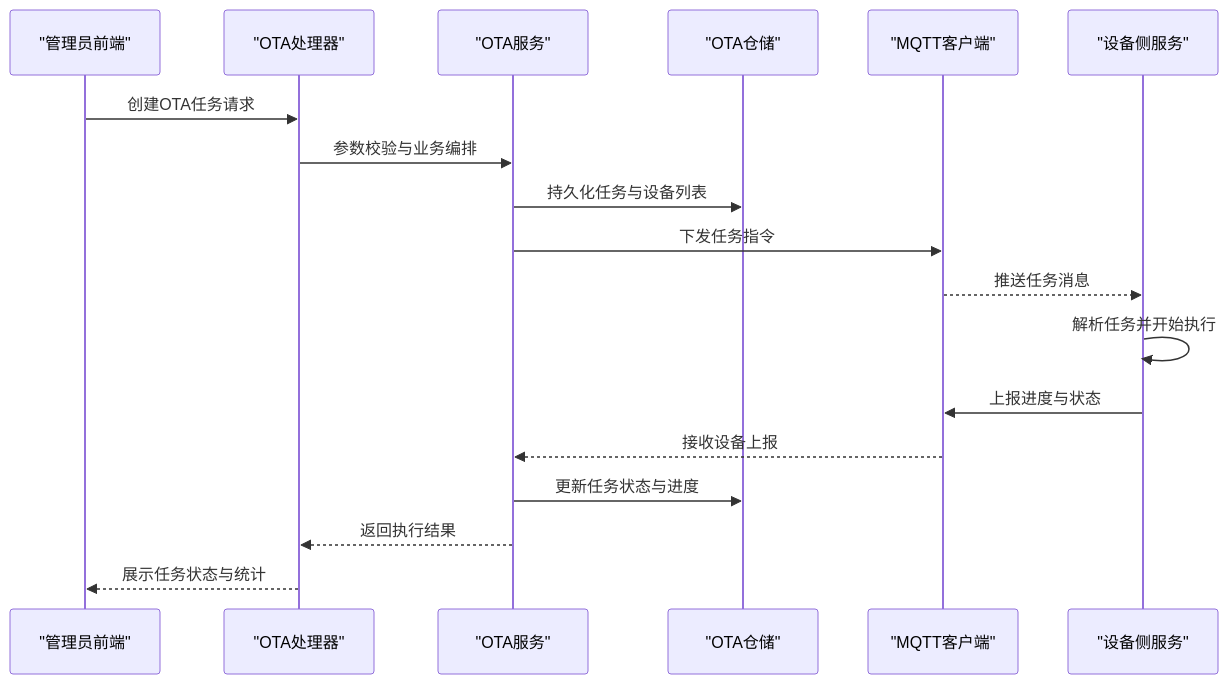
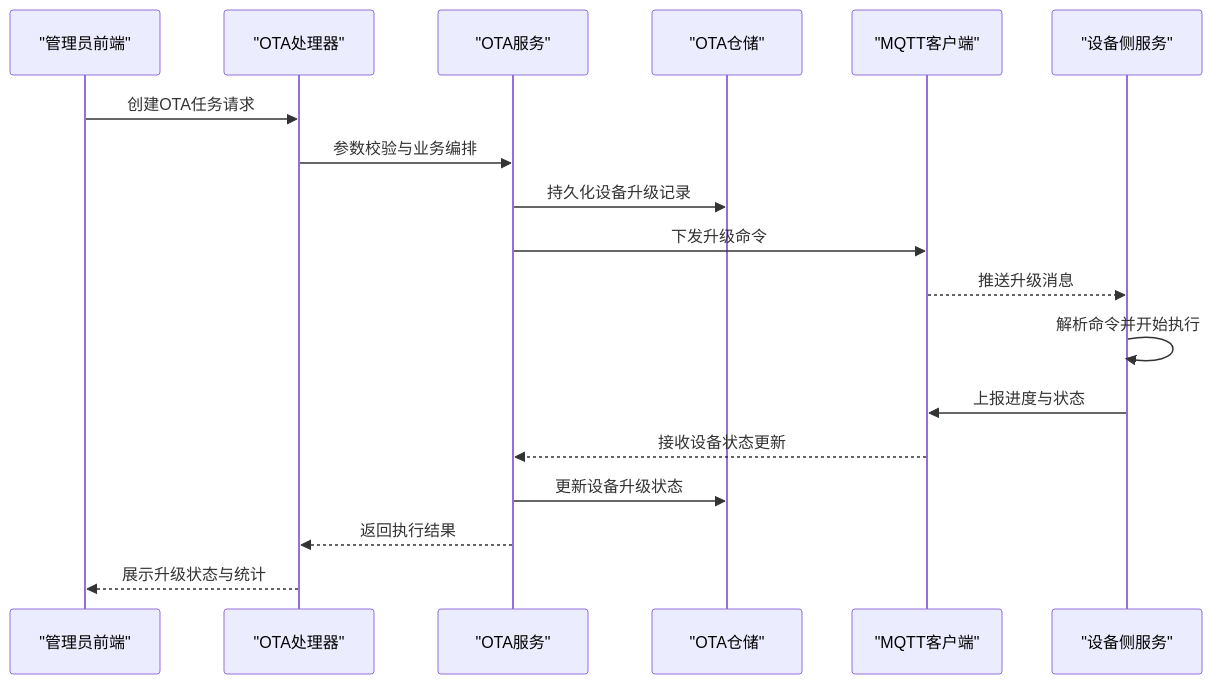
One commit to mcmrzy/cs_inv_monitor-develop changed the second of 4 diagrams in .qoder/repowiki/zh/content/OTA升级系统/OTA任务调度/OTA任务执行.md. Above: the diagram before and after it, drawn with Mermaid. The commit also changed other lines of this file and 128 other files, not shown here.

````diff
--- a/.qoder/repowiki/zh/content/OTA升级系统/OTA任务调度/OTA任务执行.md
+++ b/.qoder/repowiki/zh/content/OTA升级系统/OTA任务调度/OTA任务执行.md
@@ -149,20 +162,20 @@
 ```mermaid
 sequenceDiagram
 participant Admin as "管理员前端"
 participant API as "OTA处理器"
 participant Service as "OTA服务"
 participant Repo as "OTA仓储"
 participant MQ as "MQTT客户端"
 participant Dev as "设备侧服务"
 Admin->>API : 创建OTA任务请求
 API->>Service : 参数校验与业务编排
-Service->>Repo : 持久化任务与设备列表
-Service->>MQ : 下发任务指令
-MQ-->>Dev : 推送任务消息
-Dev->>Dev : 解析任务并开始执行
+Service->>Repo : 持久化设备升级记录
+Service->>MQ : 下发升级命令
+MQ-->>Dev : 推送升级消息
+Dev->>Dev : 解析命令并开始执行
 Dev->>MQ : 上报进度与状态
-MQ-->>Service : 接收设备上报
-Service->>Repo : 更新任务状态与进度
+MQ-->>Service : 接收设备状态更新
+Service->>Repo : 更新设备升级状态
 Service-->>API : 返回执行结果
-API-->>Admin : 展示任务状态与统计
+API-->>Admin : 展示升级状态与统计
 ```
````
